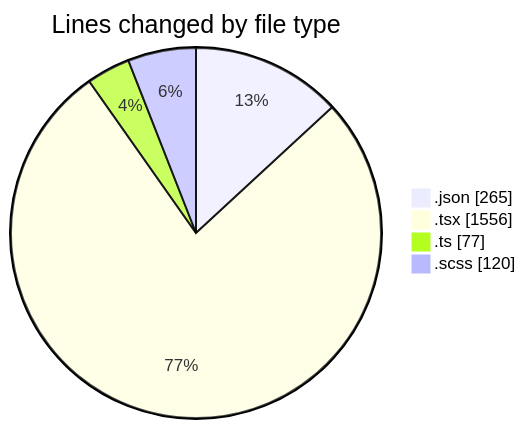
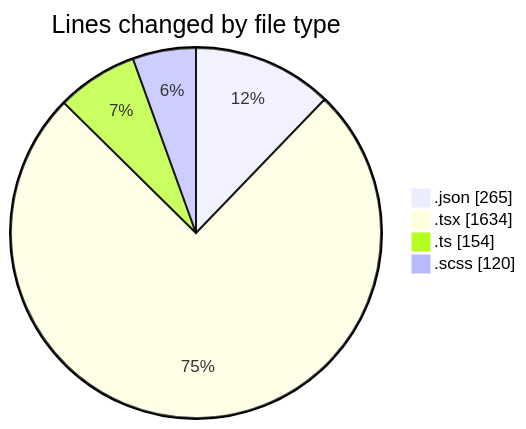
One commit to momahboobian/code-tracking changed the first of 2 diagrams in 2026-04-22/cda/README.md. Above: the diagram before and after it, drawn with Mermaid. The commit also changed other lines of this file and 1 other file, not shown here.

````diff
--- a/2026-04-22/cda/README.md
+++ b/2026-04-22/cda/README.md
@@ -30,8 +30,8 @@
 ```mermaid
 pie showData
 title Lines changed by file type
 ".json" : 265
-".tsx" : 1556
-".ts" : 77
+".tsx" : 1634
+".ts" : 154
 ".scss" : 120
 ```
````
